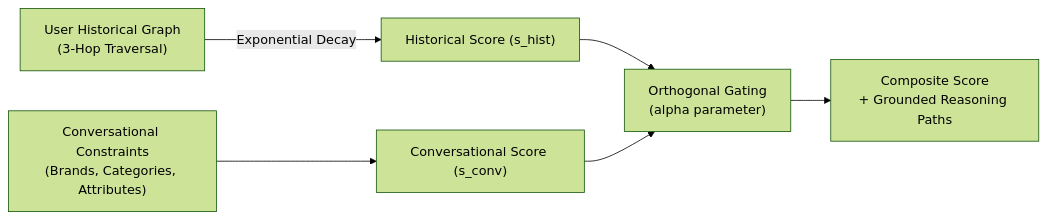
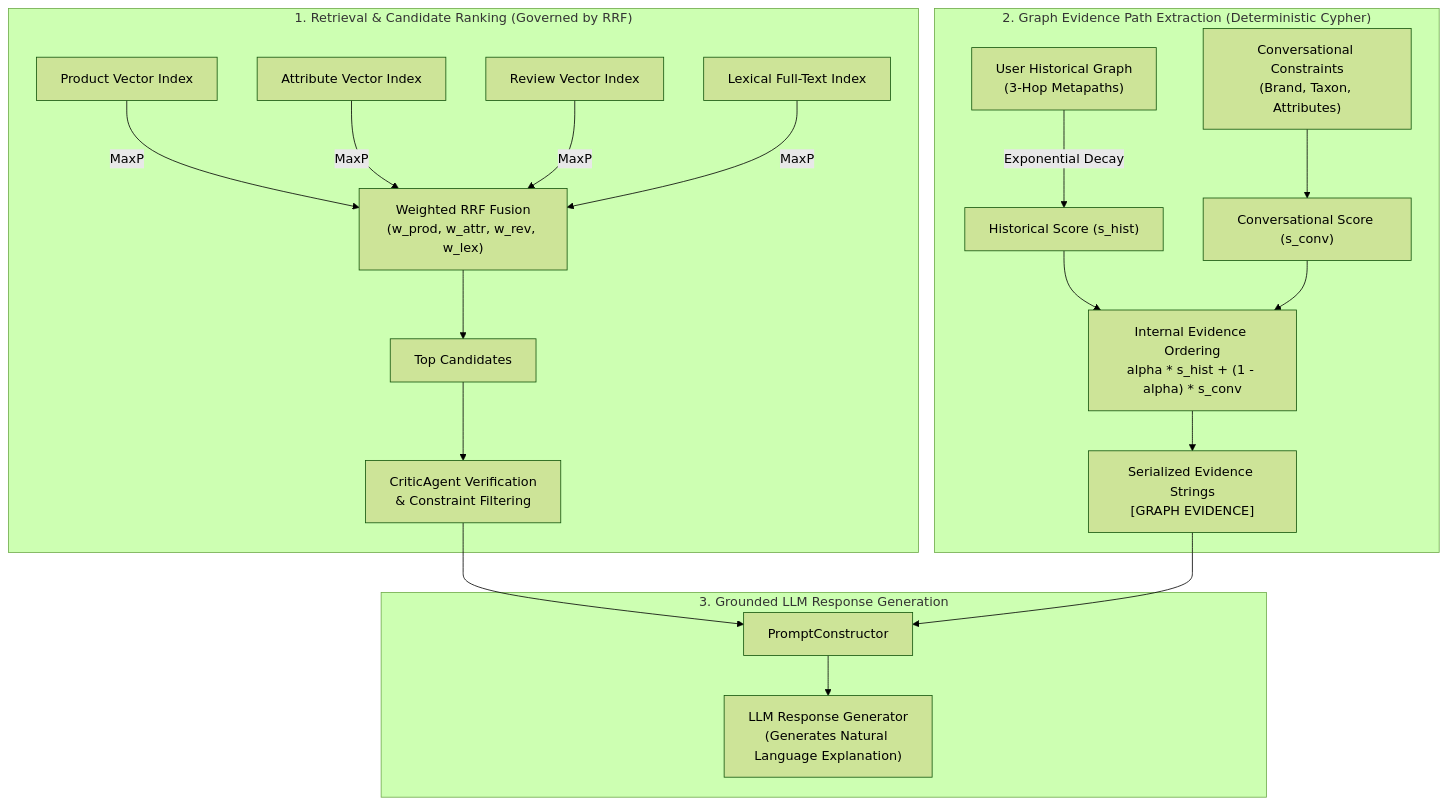
Before and after one commit to mikpaszkowski/recommendation-system: the diagram in thesis/6-doc-orthogonal-gating.md, drawn with Mermaid (forest theme). The commit also changed other lines of this file and 17 other files, not shown here.

First line of the commit message:
feat(eval,thesis): document empirical retrieval evaluation (RQ-19) and clarify academic evidence path terminology

````diff
--- a/thesis/6-doc-orthogonal-gating.md
+++ b/thesis/6-doc-orthogonal-gating.md
@@ -51,8 +72,25 @@
 ```mermaid
-flowchart LR
-    A["User Historical Graph\n(3-Hop Traversal)"] -->|Exponential Decay| B["Historical Score (s_hist)"]
-    C["Conversational Constraints\n(Brands, Categories, Attributes)"] --> D["Conversational Score (s_conv)"]
-    B --> E["Orthogonal Gating\n(alpha parameter)"]
-    D --> E
-    E --> F["Composite Score\n+ Grounded Reasoning Paths"]
+flowchart TD
+    subgraph RetrievalRanking ["1. Retrieval & Candidate Ranking (Governed by RRF)"]
+        PV["Product Vector Index"] -->|MaxP| RRF["Weighted RRF Fusion\n(w_prod, w_attr, w_rev, w_lex)"]
+        AV["Attribute Vector Index"] -->|MaxP| RRF
+        RV["Review Vector Index"] -->|MaxP| RRF
+        LX["Lexical Full-Text Index"] -->|MaxP| RRF
+        RRF --> Cand["Top Candidates"]
+        Cand --> Critic["CriticAgent Verification\n& Constraint Filtering"]
+    end
+
+    subgraph EvidenceExtraction ["2. Graph Evidence Path Extraction (Deterministic Cypher)"]
+        Hist["User Historical Graph\n(3-Hop Metapaths)"] -->|Exponential Decay| sHist["Historical Score (s_hist)"]
+        Conv["Conversational Constraints\n(Brand, Taxon, Attributes)"] --> sConv["Conversational Score (s_conv)"]
+        sHist --> InternalOrdering["Internal Evidence Ordering\nalpha * s_hist + (1 - alpha) * s_conv"]
+        sConv --> InternalOrdering
+        InternalOrdering --> EvStrings["Serialized Evidence Strings\n[GRAPH EVIDENCE]"]
+    end
+
+    subgraph Generation ["3. Grounded LLM Response Generation"]
+        Critic --> Prompt["PromptConstructor"]
+        EvStrings --> Prompt
+        Prompt --> LLM["LLM Response Generator\n(Generates Natural Language Explanation)"]
+    end
 ```
````
